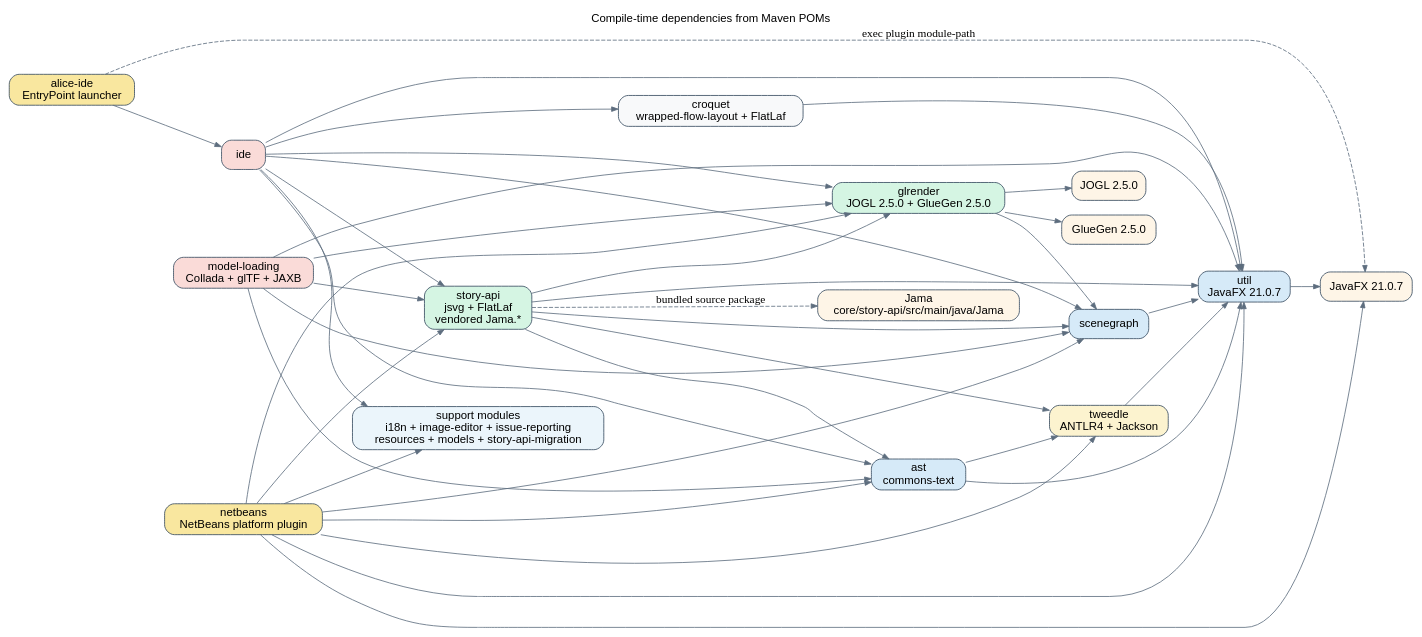
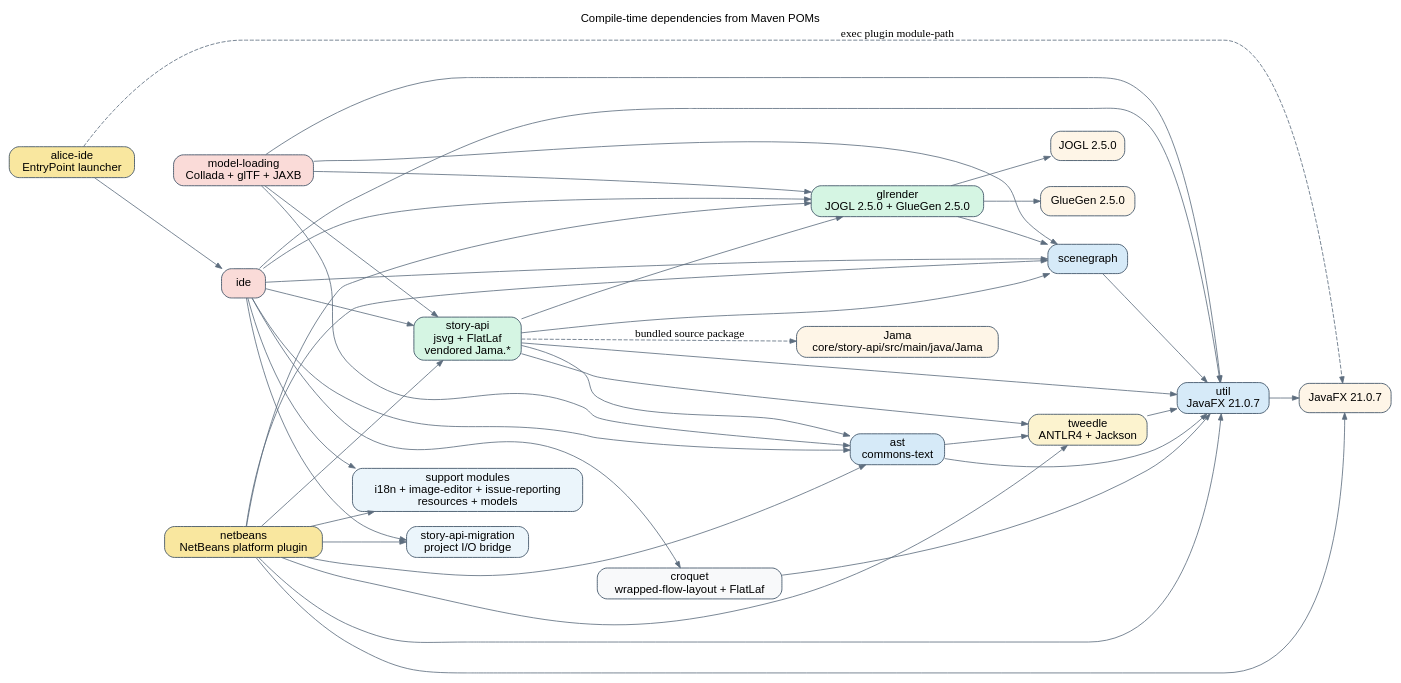
One commit to asw101/RabbitHole changed the diagram in docs/atlas/compile-deps/compile-deps.dot. Above: the diagram before and after it, drawn with Graphviz. The commit also changed 11 other files, not shown here.

First line of the commit message:
fix: correct atlas documentation for data-flow, compile-deps, api-contracts, and user-journeys

```diff
--- a/docs/atlas/compile-deps/compile-deps.dot
+++ b/docs/atlas/compile-deps/compile-deps.dot
@@ -1,76 +1,80 @@
 digraph compile_deps {
   rankdir=LR;
   graph [fontname="Helvetica", labelloc=t, label="Compile-time dependencies from Maven POMs"];
   node [shape=box, style="rounded,filled", fillcolor="#F8F9FA", color="#34495E", fontname="Helvetica"];
   edge [color="#5D6D7E", arrowsize=0.8];
 
   util [label="util
 JavaFX 21.0.7", fillcolor="#D6EAF8"];
   tweedle [label="tweedle
 ANTLR4 + Jackson", fillcolor="#FCF3CF"];
   ast [label="ast
 commons-text", fillcolor="#D6EAF8"];
   scenegraph [label="scenegraph", fillcolor="#D6EAF8"];
   glrender [label="glrender
 JOGL 2.5.0 + GlueGen 2.5.0", fillcolor="#D5F5E3"];
   storyapi [label="story-api
 jsvg + FlatLaf
 vendored Jama.*", fillcolor="#D5F5E3"];
   croquet [label="croquet
 wrapped-flow-layout + FlatLaf"];
   support [label="support modules
 i18n + image-editor + issue-reporting
-resources + models + story-api-migration", fillcolor="#EBF5FB"];
+resources + models", fillcolor="#EBF5FB"];
+  migration [label="story-api-migration
+project I/O bridge", fillcolor="#EBF5FB"];
   ide [label="ide", fillcolor="#FADBD8"];
   modelloading [label="model-loading
 Collada + glTF + JAXB", fillcolor="#FADBD8"];
   aliceide [label="alice-ide
 EntryPoint launcher", fillcolor="#F9E79F"];
   netbeans [label="netbeans
 NetBeans platform plugin", fillcolor="#F9E79F"];
 
   jogl [label="JOGL 2.5.0", fillcolor="#FEF5E7"];
   gluegen [label="GlueGen 2.5.0", fillcolor="#FEF5E7"];
   javafx [label="JavaFX 21.0.7", fillcolor="#FEF5E7"];
   jama [label="Jama
 core/story-api/src/main/java/Jama", fillcolor="#FEF5E7"];
 
   tweedle -> util;
   ast -> util;
   ast -> tweedle;
   scenegraph -> util;
   glrender -> scenegraph;
   storyapi -> util;
   storyapi -> scenegraph;
   storyapi -> glrender;
   storyapi -> tweedle;
   storyapi -> ast;
   croquet -> util;
   ide -> support;
+  ide -> migration;
   ide -> util;
   ide -> ast;
   ide -> croquet;
   ide -> scenegraph;
   ide -> glrender;
   ide -> storyapi;
   modelloading -> util;
   modelloading -> ast;
   modelloading -> scenegraph;
   modelloading -> glrender;
   modelloading -> storyapi;
   aliceide -> ide;
   netbeans -> support;
+  netbeans -> migration;
   netbeans -> util;
   netbeans -> ast;
   netbeans -> scenegraph;
   netbeans -> glrender;
   netbeans -> storyapi;
   netbeans -> tweedle;
 
   glrender -> jogl;
   glrender -> gluegen;
   util -> javafx;
   netbeans -> javafx;
   aliceide -> javafx [style=dashed, label="exec plugin module-path"];
   storyapi -> jama [style=dashed, label="bundled source package"];
 }
```
